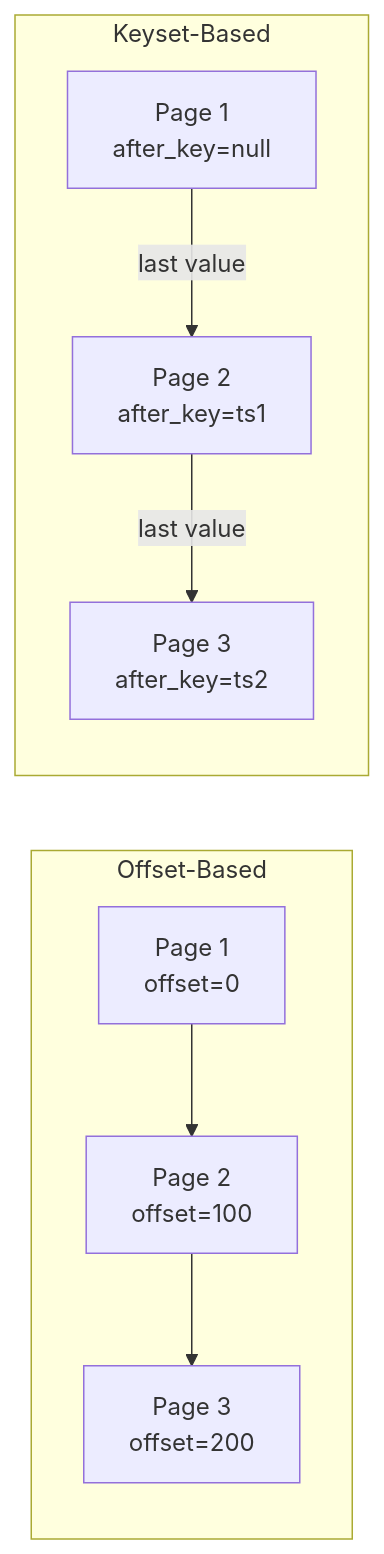
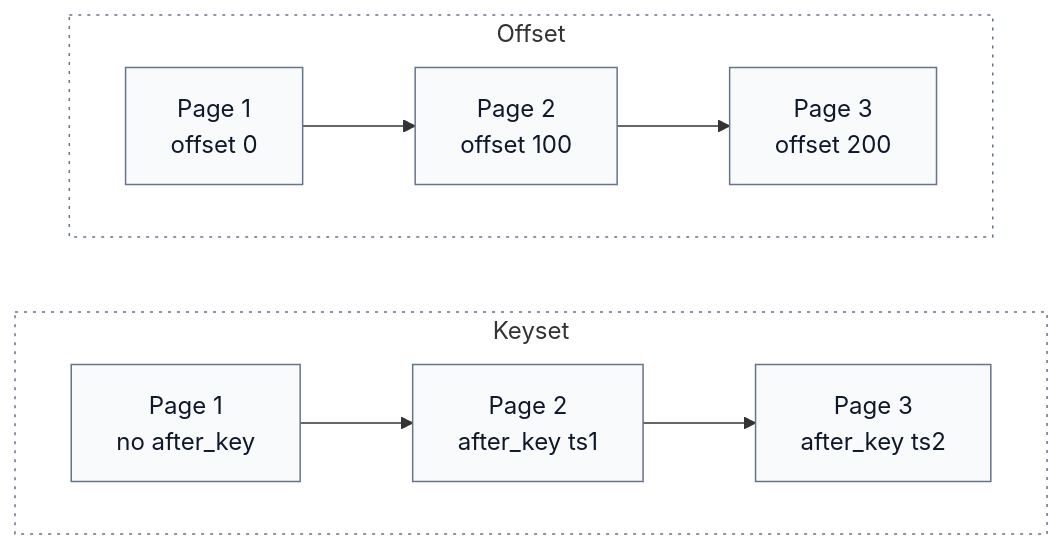
The third of 4 diagrams in docs/data-plane/query-api.md (hyperi-io/dfe-engine), drawn with Mermaid before and after one commit. The commit also changed other lines of this file and 71 other files, not shown here.

First line of the commit message:
docs(engine): fix 159 claims and redraw every diagram

````diff
--- a/docs/data-plane/query-api.md
+++ b/docs/data-plane/query-api.md
@@ -243,16 +242,21 @@
 ```mermaid
-flowchart LR
-    subgraph Offset["Offset-Based"]
-        O1["Page 1<br/>offset=0"]
-        O2["Page 2<br/>offset=100"]
-        O3["Page 3<br/>offset=200"]
-        O1 --> O2 --> O3
+flowchart TB
+    accTitle: L4 Detail -- Offset and keyset paging
+    accDescr: Offset paging sends offset 0, then 100, then 200. Keyset paging sends no after_key for the first page, then the last order_by value of each page as the next page's after_key.
+
+    subgraph offset["Offset"]
+        direction LR
+        o1["Page 1<br/>offset 0"] --> o2["Page 2<br/>offset 100"] --> o3["Page 3<br/>offset 200"]
     end
 
-    subgraph Keyset["Keyset-Based"]
-        K1["Page 1<br/>after_key=null"]
-        K2["Page 2<br/>after_key=ts1"]
-        K3["Page 3<br/>after_key=ts2"]
-        K1 -->|"last value"| K2 -->|"last value"| K3
+    subgraph keyset["Keyset"]
+        direction LR
+        k1["Page 1<br/>no after_key"] --> k2["Page 2<br/>after_key ts1"] --> k3["Page 3<br/>after_key ts2"]
     end
+
+    offset ~~~ keyset
+
+    classDef default fill:#F8FAFC,stroke:#64748B,stroke-width:1px,color:#0F172A
+    classDef group fill:none,stroke:#64748B,stroke-width:1px,stroke-dasharray:2 4
+    class offset,keyset group
 ```
````
